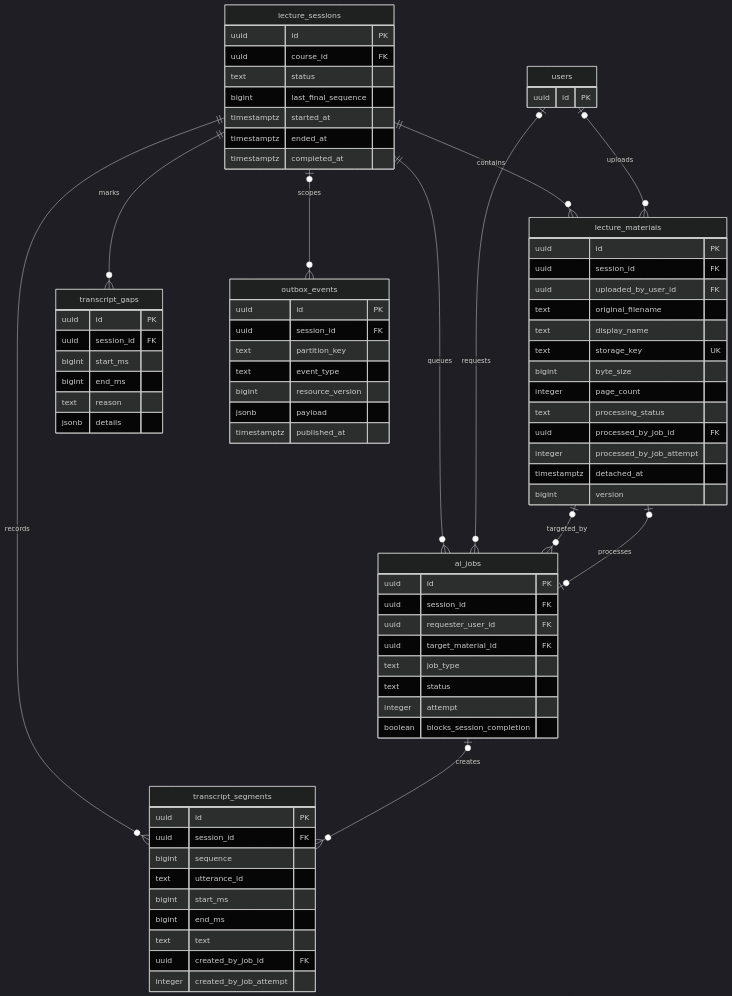
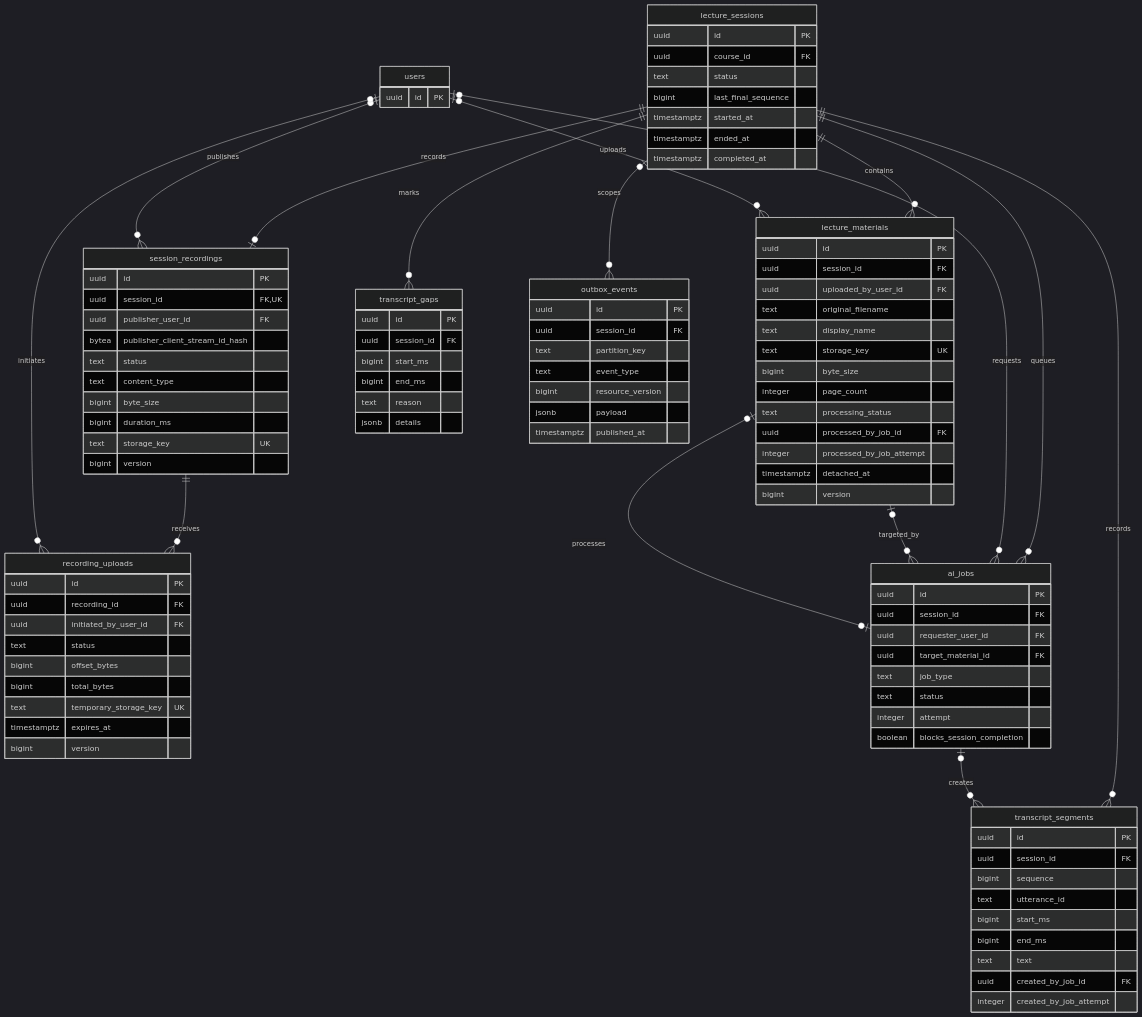
One commit to madcamp-official/26s-w2-c2-08 changed the second of 5 diagrams in docs/database/ERD.md. Above: the diagram before and after it, drawn with Mermaid (dark theme). The commit also changed other lines of this file and 2 other files, not shown here.

Commit message:
문서: 녹음·업로드 저장 구조와 상태 계약 추가

```diff
--- a/docs/database/ERD.md
+++ b/docs/database/ERD.md
@@ -158,6 +158,31 @@
         uuid processed_by_job_id FK
         integer processed_by_job_attempt
         timestamptz detached_at
+        bigint version
+    }
+
+    sessionRecordings["session_recordings"] {
+        uuid id PK
+        uuid session_id FK,UK
+        uuid publisher_user_id FK
+        bytea publisher_client_stream_id_hash
+        text status
+        text content_type
+        bigint byte_size
+        bigint duration_ms
+        text storage_key UK
+        bigint version
+    }
+
+    recordingUploads["recording_uploads"] {
+        uuid id PK
+        uuid recording_id FK
+        uuid initiated_by_user_id FK
+        text status
+        bigint offset_bytes
+        bigint total_bytes
+        text temporary_storage_key UK
+        timestamptz expires_at
         bigint version
     }
 
@@ -206,6 +231,10 @@
     lectureSessions ||--o{ lectureMaterials : contains
     users o|--o{ lectureMaterials : uploads
     aiJobs o|--o| lectureMaterials : processes
+    lectureSessions ||--o| sessionRecordings : records
+    users o|--o{ sessionRecordings : publishes
+    sessionRecordings ||--o{ recordingUploads : receives
+    users o|--o{ recordingUploads : initiates
     lectureSessions ||--o{ transcriptSegments : records
     aiJobs o|--o{ transcriptSegments : creates
     lectureSessions ||--o{ transcriptGaps : marks
```
